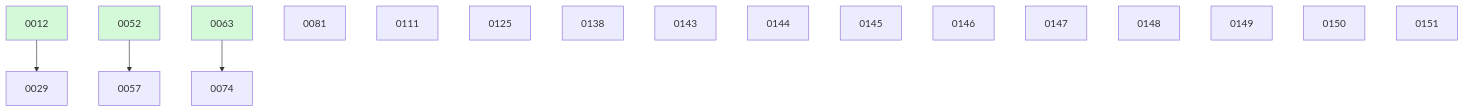
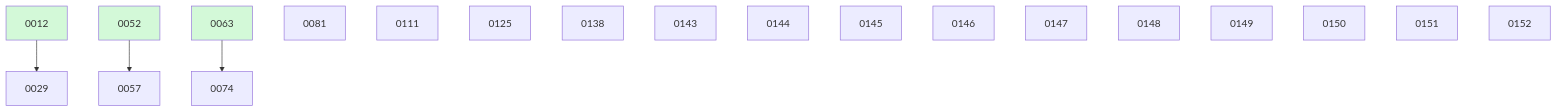
Before and after one commit to ethanhinson/fuse: the diagram in docs/changes/BOARD.md, drawn with Mermaid. The commit also changed other lines of this file and 1 other file, not shown here.

````diff
--- a/docs/changes/BOARD.md
+++ b/docs/changes/BOARD.md
@@ -41,23 +42,24 @@
 ```mermaid
 graph TD
   0012 --> 0029
   0052 --> 0057
   0063 --> 0074
   0081
   0111
   0125
   0138
   0143
   0144
   0145
   0146
   0147
   0148
   0149
   0150
   0151
+  0152
   0012:::done
   0052:::done
   0063:::done
   classDef done fill:#d3f9d8;
 ```
````
